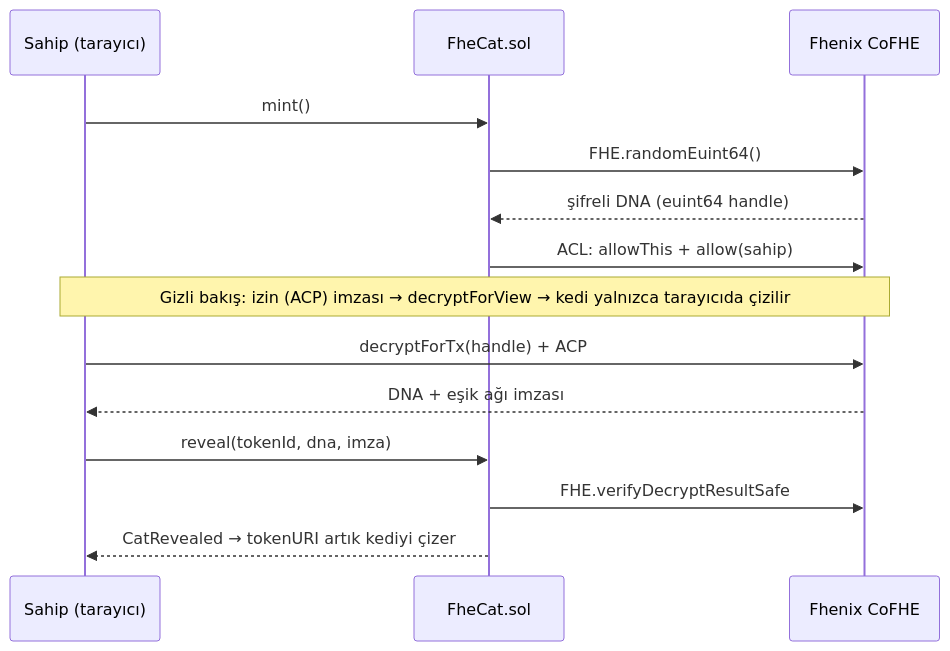
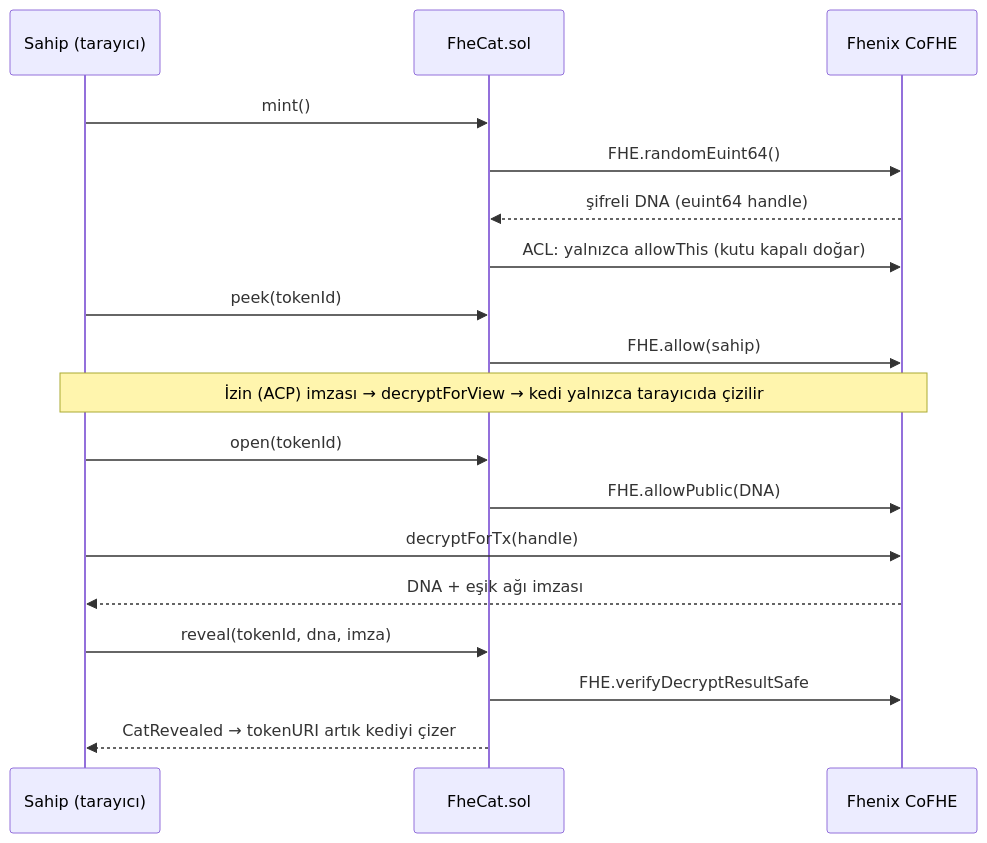
The diagram in README.md (FheCat/FheCat), drawn with Mermaid before and after one commit. The commit also changed other lines of this file and 21 other files, not shown here.

````diff
--- a/README.md
+++ b/README.md
@@ -26,16 +26,20 @@
 ```mermaid
 sequenceDiagram
     participant U as Sahip (tarayıcı)
     participant C as FheCat.sol
     participant F as Fhenix CoFHE
     U->>C: mint()
     C->>F: FHE.randomEuint64()
     F-->>C: şifreli DNA (euint64 handle)
-    C->>F: ACL: allowThis + allow(sahip)
-    Note over U,F: Gizli bakış: izin (ACP) imzası → decryptForView → kedi yalnızca tarayıcıda çizilir
-    U->>F: decryptForTx(handle) + ACP
+    C->>F: ACL: yalnızca allowThis (kutu kapalı doğar)
+    U->>C: peek(tokenId)
+    C->>F: FHE.allow(sahip)
+    Note over U,F: İzin (ACP) imzası → decryptForView → kedi yalnızca tarayıcıda çizilir
+    U->>C: open(tokenId)
+    C->>F: FHE.allowPublic(DNA)
+    U->>F: decryptForTx(handle)
     F-->>U: DNA + eşik ağı imzası
     U->>C: reveal(tokenId, dna, imza)
     C->>F: FHE.verifyDecryptResultSafe
     C-->>U: CatRevealed → tokenURI artık kediyi çizer
 ```
````
